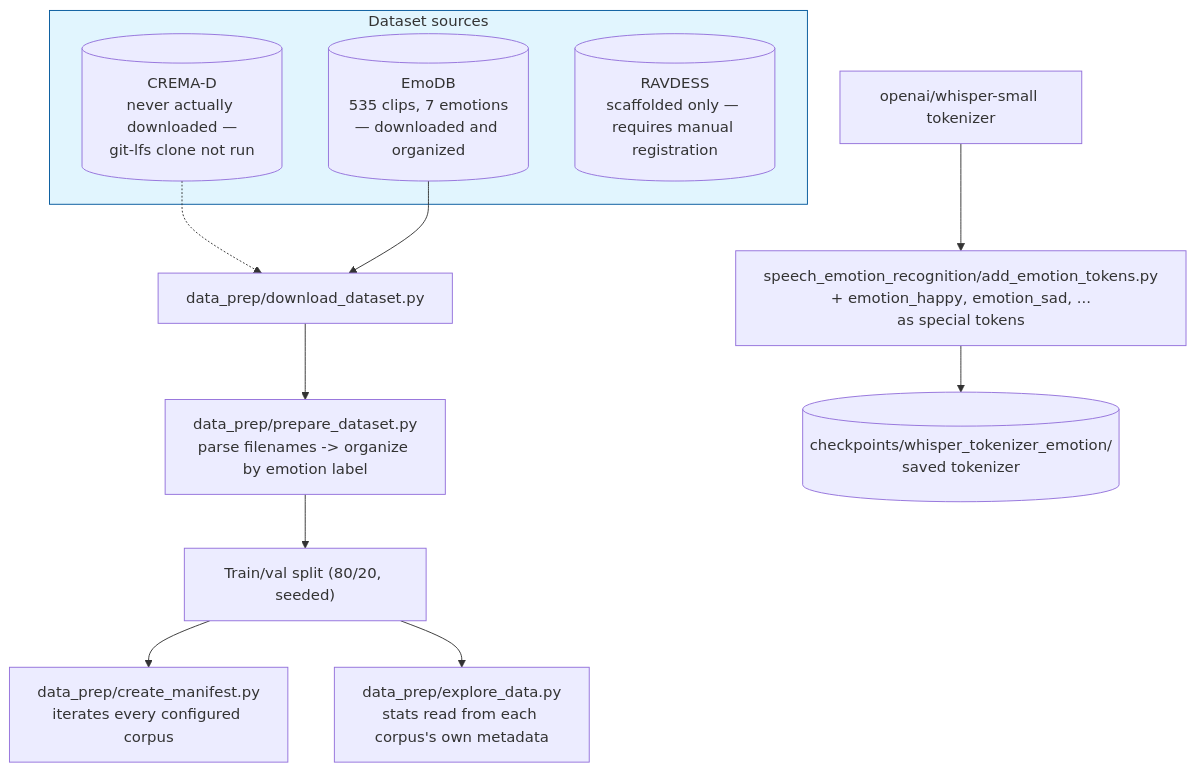
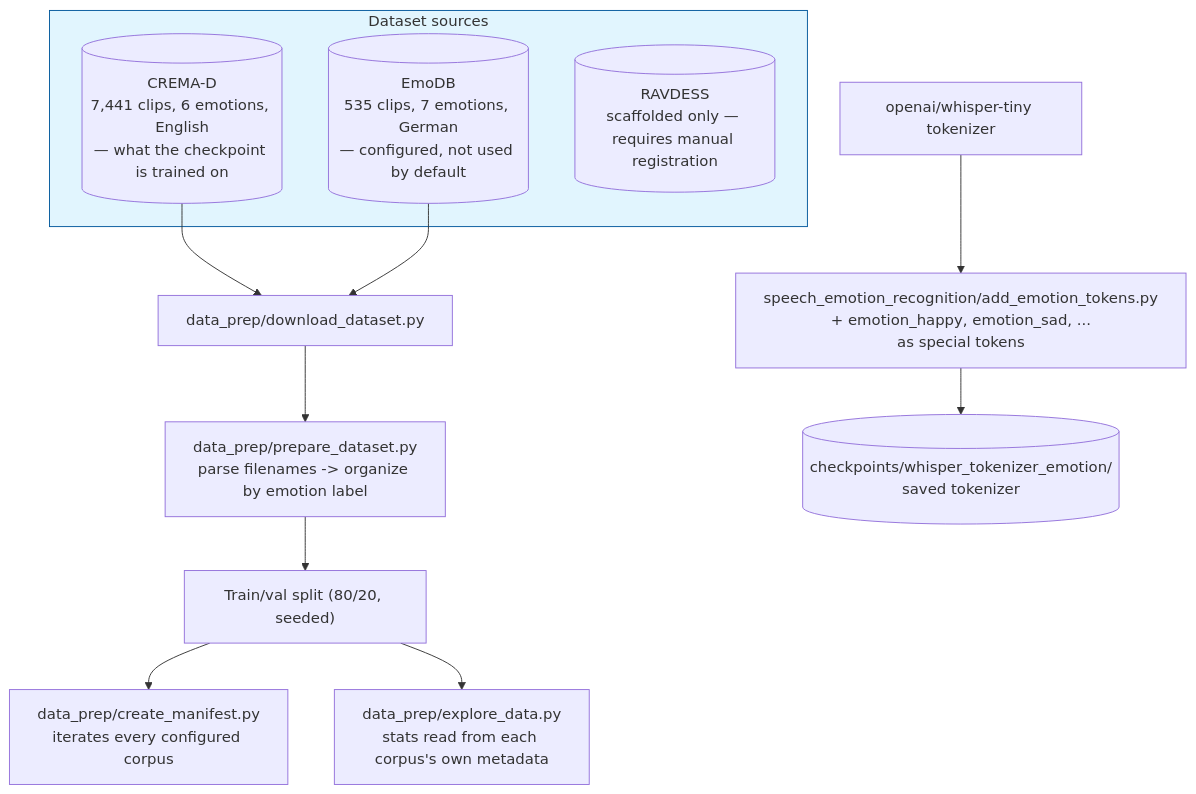
One commit to RoshBeed/ai-residency changed the second of 2 diagrams in services/speech-emotion-recognition/README.md. Above: the diagram before and after it, drawn with Mermaid. The commit also changed other lines of this file and 2 other files, not shown here.

````diff
--- a/services/speech-emotion-recognition/README.md
+++ b/services/speech-emotion-recognition/README.md
@@ -153,22 +153,22 @@
 ```mermaid
 flowchart TD
     subgraph Sources["Dataset sources"]
-        crema[("CREMA-D<br/>never actually downloaded —<br/>git-lfs clone not run")]
-        emodb[("EmoDB<br/>535 clips, 7 emotions<br/>— downloaded and organized")]
+        crema[("CREMA-D<br/>7,441 clips, 6 emotions, English<br/>— what the checkpoint is trained on")]
+        emodb[("EmoDB<br/>535 clips, 7 emotions, German<br/>— configured, not used by default")]
         ravdess[("RAVDESS<br/>scaffolded only — requires manual registration")]
     end
 
-    crema -.-> download["data_prep/download_dataset.py"]
+    crema --> download["data_prep/download_dataset.py"]
     emodb --> download
 
     download --> organize["data_prep/prepare_dataset.py<br/>parse filenames -> organize by emotion label"]
     organize --> split["Train/val split (80/20, seeded)"]
     split --> manifest["data_prep/create_manifest.py<br/>iterates every configured corpus"]
 
     split --> explore["data_prep/explore_data.py<br/>stats read from each corpus's own metadata"]
 
-    tokenizer["openai/whisper-small tokenizer"] --> addtok["speech_emotion_recognition/add_emotion_tokens.py<br/>+ emotion_happy, emotion_sad, ...<br/>as special tokens"]
+    tokenizer["openai/whisper-tiny tokenizer"] --> addtok["speech_emotion_recognition/add_emotion_tokens.py<br/>+ emotion_happy, emotion_sad, ...<br/>as special tokens"]
     addtok --> saved[("checkpoints/whisper_tokenizer_emotion/<br/>saved tokenizer")]
 
     style Sources fill:#e1f5fe,stroke:#01579b
 ```
````
